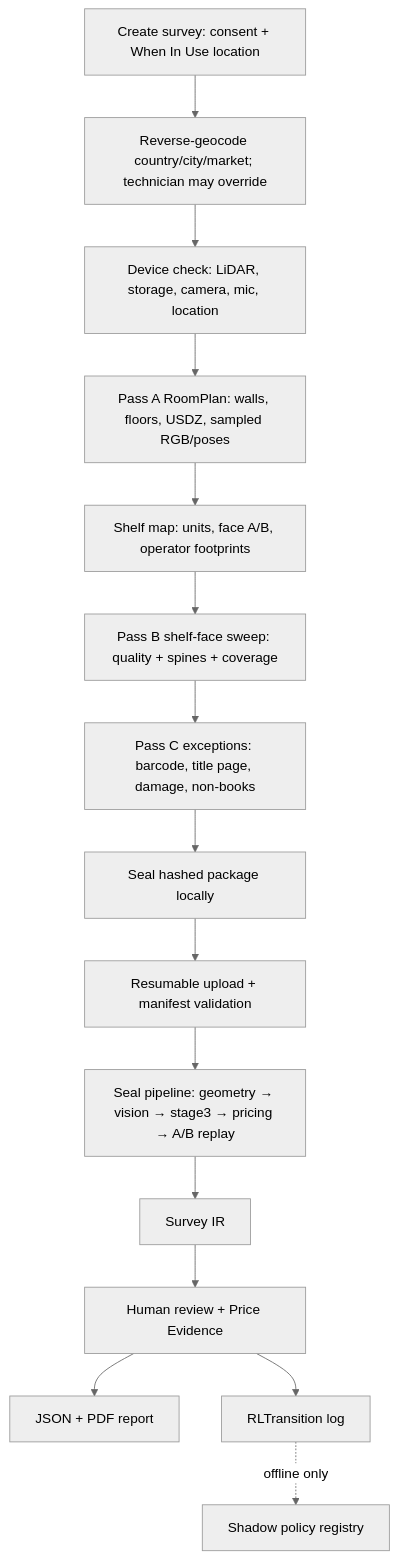
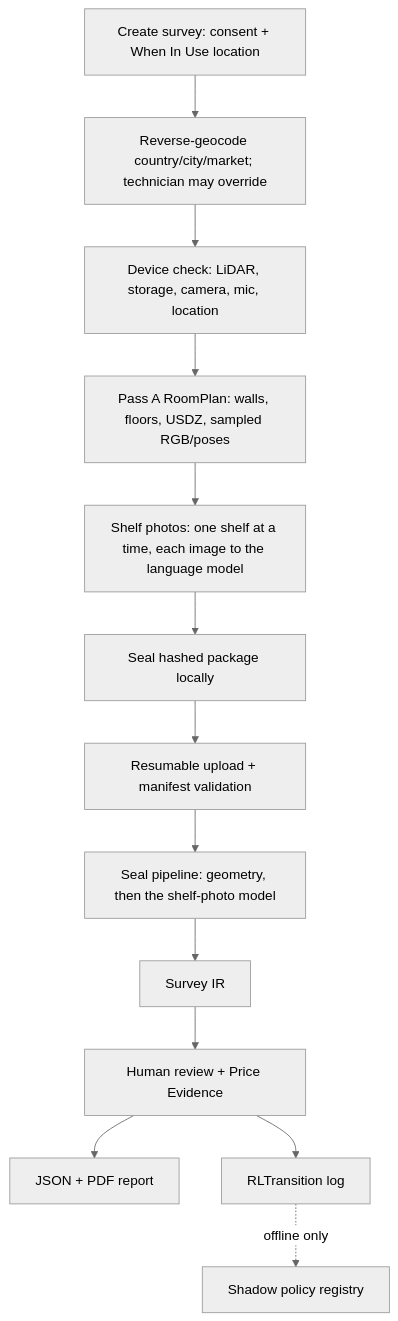
One commit to harshsinha-12/library-estimate changed the second of 16 diagrams in README.md. Above: the diagram before and after it, drawn with Mermaid (neutral theme). The commit also changed other lines of this file and 13 other files, not shown here.

First line of the commit message:
Implement shelf photo processing and integration into survey workflow

````diff
--- a/README.md
+++ b/README.md
@@ -263,17 +265,15 @@
 ```mermaid
 flowchart TB
   CREATE["Create survey: consent + When In Use location"] --> GEOG["Reverse-geocode country/city/market; technician may override"]
   GEOG --> DEV["Device check: LiDAR, storage, camera, mic, location"]
   DEV --> A["Pass A RoomPlan: walls, floors, USDZ, sampled RGB/poses"]
-  A --> MAP["Shelf map: units, face A/B, operator footprints"]
-  MAP --> B["Pass B shelf-face sweep: quality + spines + coverage"]
-  B --> C["Pass C exceptions: barcode, title page, damage, non-books"]
-  C --> SEAL["Seal hashed package locally"]
+  A --> B["Shelf photos: one shelf at a time, each image to the language model"]
+  B --> SEAL["Seal hashed package locally"]
   SEAL --> UP["Resumable upload + manifest validation"]
-  UP --> WORK["Seal pipeline: geometry → vision → stage3 → pricing → A/B replay"]
+  UP --> WORK["Seal pipeline: geometry, then the shelf-photo model"]
   WORK --> IR["Survey IR"]
   IR --> REVIEW["Human review + Price Evidence"]
   REVIEW --> REPORT["JSON + PDF report"]
   REVIEW --> RLLOG["RLTransition log"]
   RLLOG -.->|"offline only"| POL["Shadow policy registry"]
 ```
````
